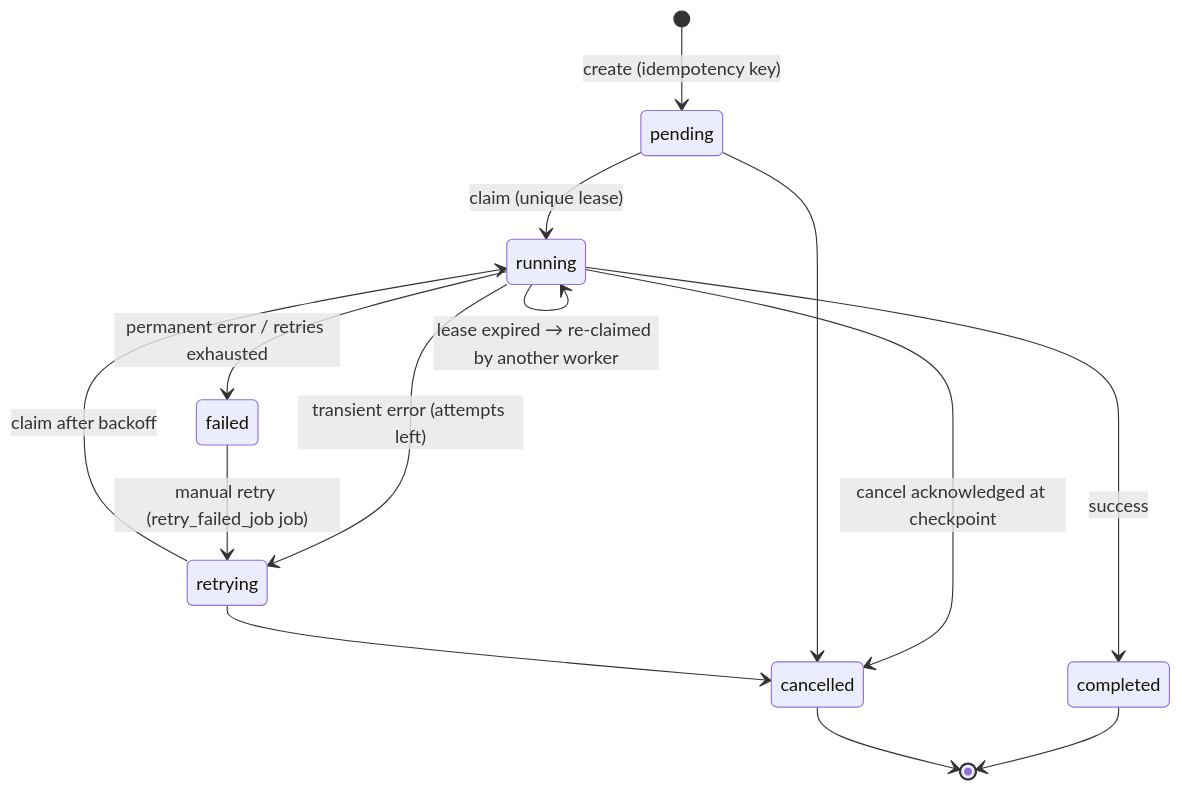
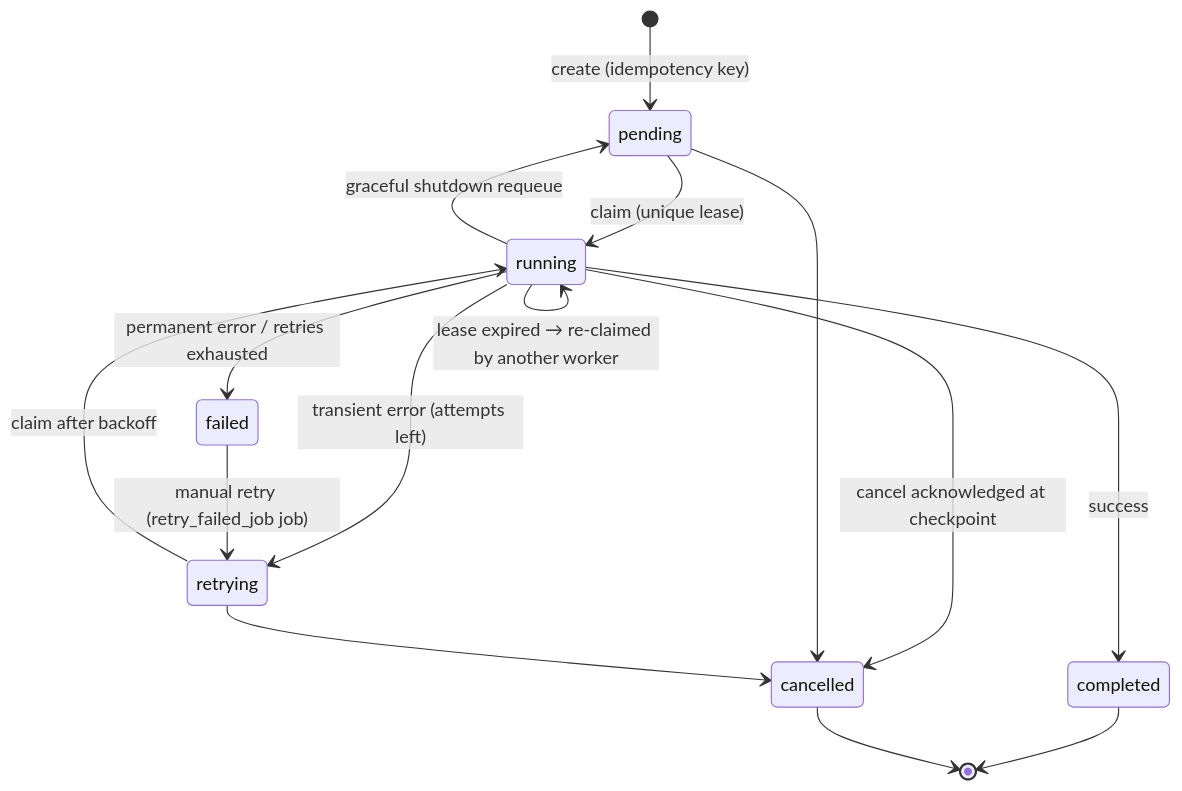
Before and after one commit to Rastin-Amani/EzDistro: the diagram in docs/ARCHITECTURE.md, drawn with Mermaid. The commit also changed other lines of this file and 16 other files, not shown here.

````diff
--- a/docs/ARCHITECTURE.md
+++ b/docs/ARCHITECTURE.md
@@ -177,16 +192,17 @@
 ```mermaid
 stateDiagram-v2
     [*] --> pending: create (idempotency key)
     pending --> running: claim (unique lease)
     retrying --> running: claim after backoff
     running --> running: lease expired → re-claimed by another worker
     running --> completed: success
     running --> failed: permanent error / retries exhausted
     running --> retrying: transient error (attempts left)
+    running --> pending: graceful shutdown requeue
     running --> cancelled: cancel acknowledged at checkpoint
     pending --> cancelled
     retrying --> cancelled
     failed --> retrying: manual retry (retry_failed_job job)
     completed --> [*]
     cancelled --> [*]
 ```
````
